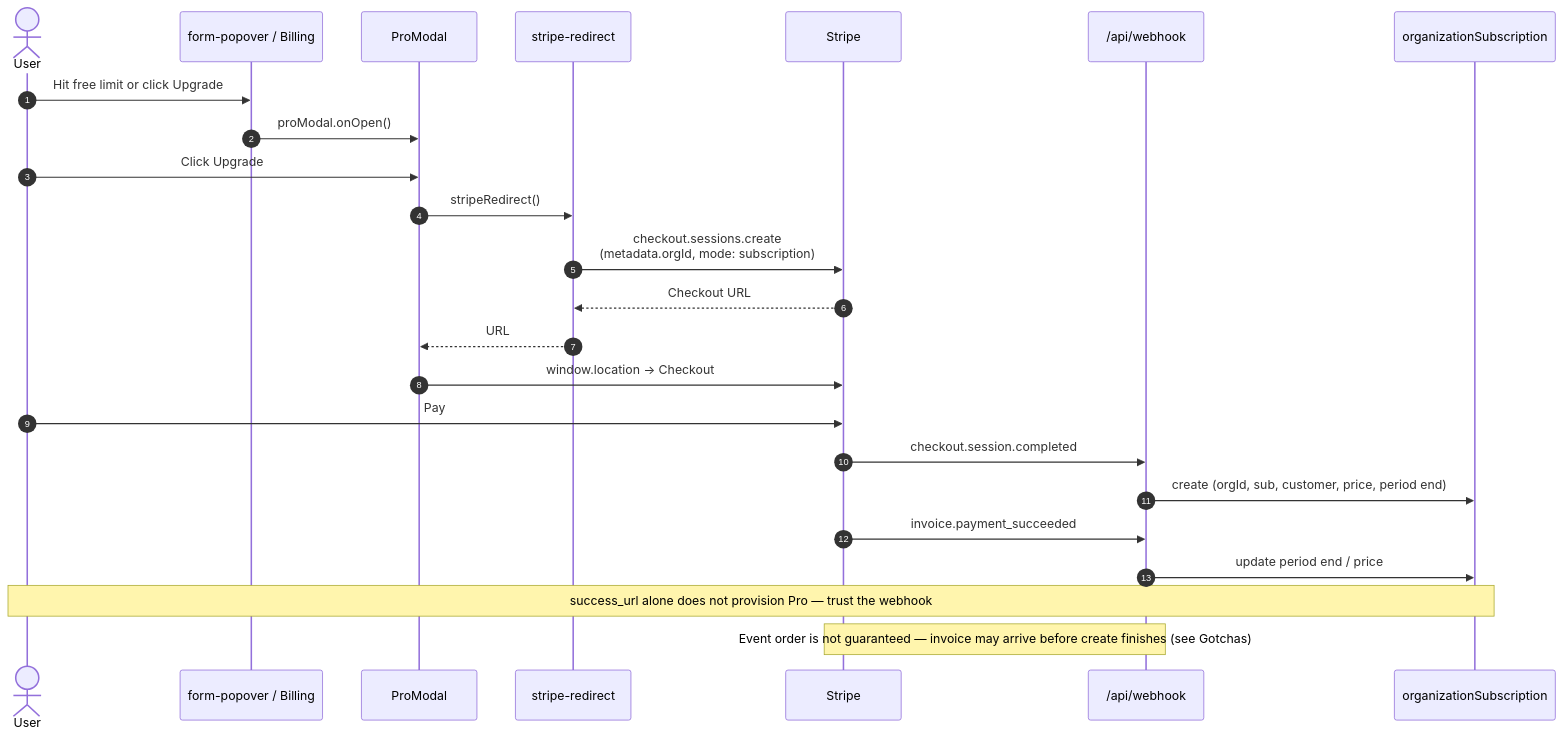
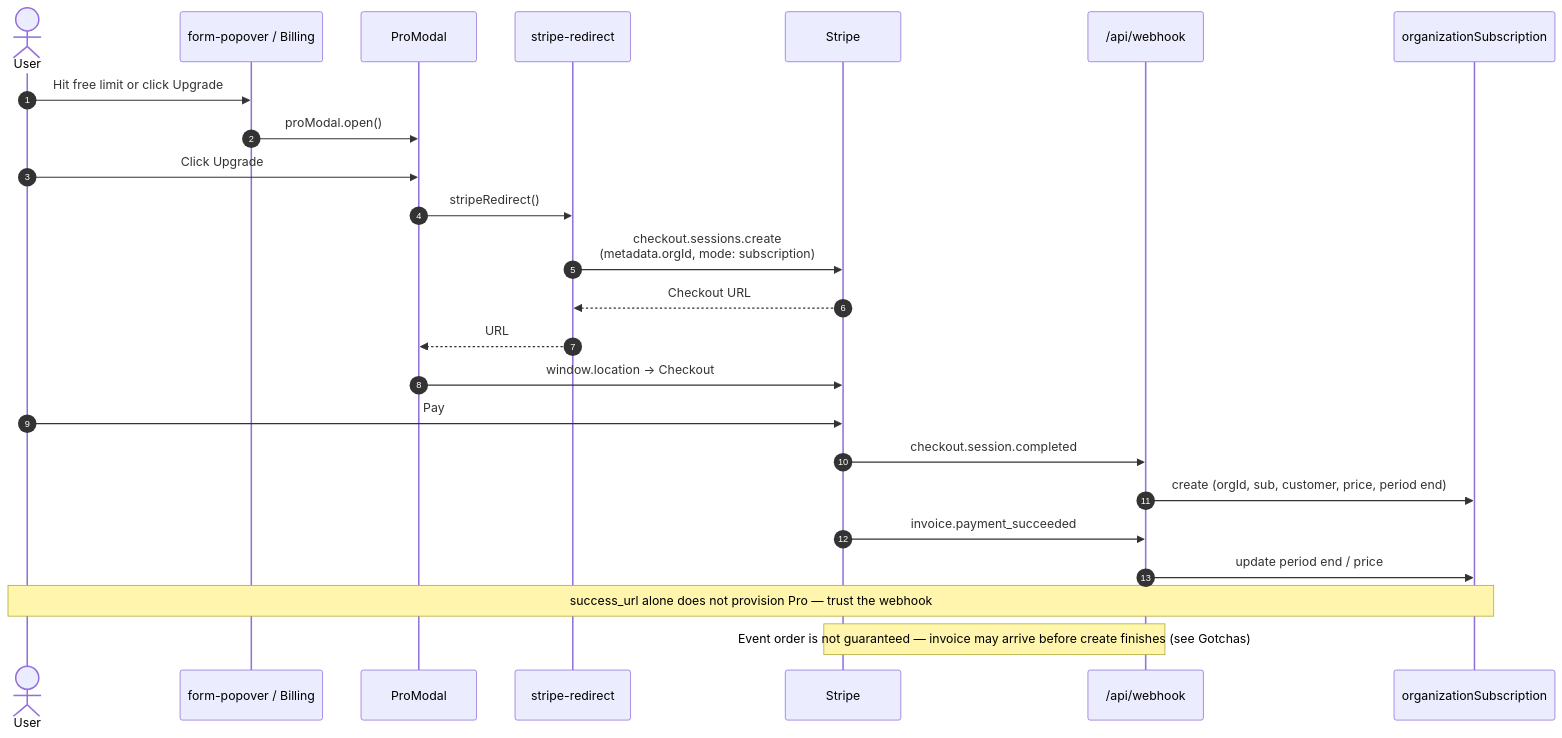
Before and after one commit to manhcuongdtbk/taskify: the fifth of 7 diagrams in docs/billing.md, drawn with Mermaid. The commit also changed 11 other files, not shown here.

````diff
--- a/docs/billing.md
+++ b/docs/billing.md
@@ -231,27 +231,27 @@
 ```mermaid
 sequenceDiagram
   autonumber
   actor User
   participant UI as form-popover / Billing
   participant Modal as ProModal
   participant Action as stripe-redirect
   participant Stripe as Stripe
   participant Webhook as /api/webhook
   participant DB as organizationSubscription
 
   User->>UI: Hit free limit or click Upgrade
-  UI->>Modal: proModal.onOpen()
+  UI->>Modal: proModal.open()
   User->>Modal: Click Upgrade
   Modal->>Action: stripeRedirect()
   Action->>Stripe: checkout.sessions.create<br/>(metadata.orgId, mode: subscription)
   Stripe-->>Action: Checkout URL
   Action-->>Modal: URL
   Modal->>Stripe: window.location → Checkout
   User->>Stripe: Pay
   Stripe->>Webhook: checkout.session.completed
   Webhook->>DB: create (orgId, sub, customer, price, period end)
   Stripe->>Webhook: invoice.payment_succeeded
   Webhook->>DB: update period end / price
   Note over User,DB: success_url alone does not provision Pro — trust the webhook
   Note over Stripe,Webhook: Event order is not guaranteed — invoice may arrive before create finishes (see Gotchas)
 ```
````
